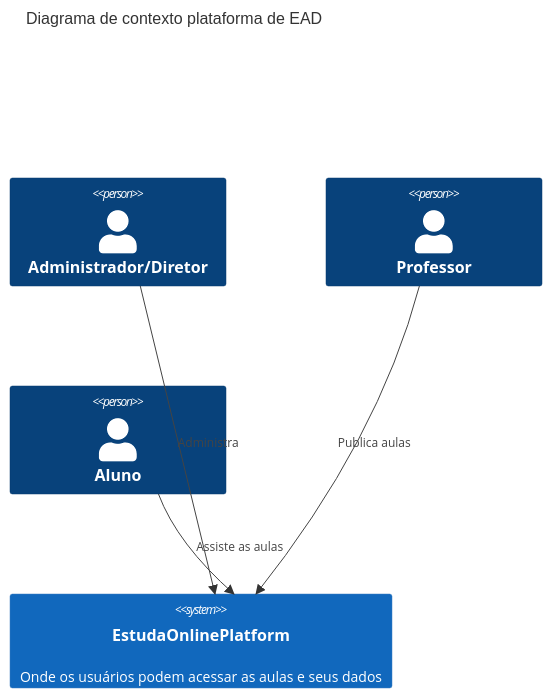
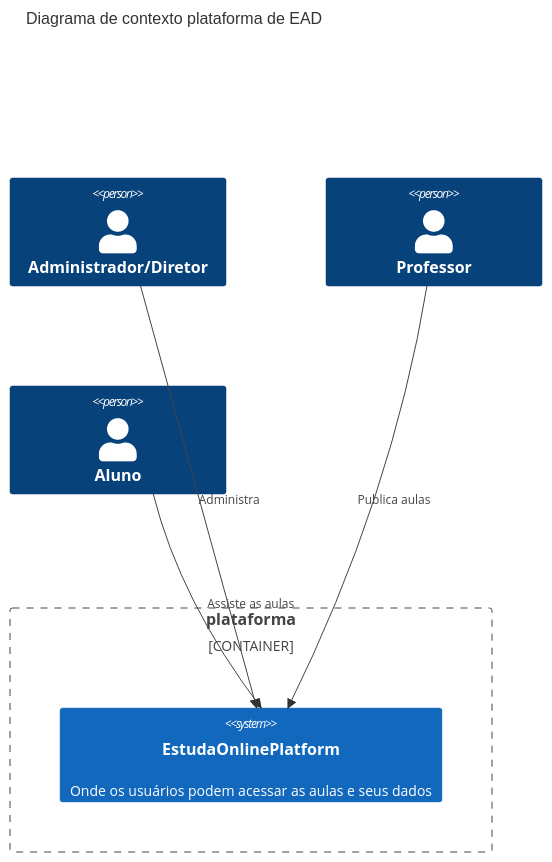
One commit to vitorotto/backend_2025-1 changed the diagram in C4_Contexto/c4_contexto.mmd. Above: the diagram before and after it, drawn with Mermaid. The commit also changed 1 other file, not shown here.

Commit message:
Apenas formatando os diagramas

```diff
--- a/C4_Contexto/c4_contexto.mmd
+++ b/C4_Contexto/c4_contexto.mmd
@@ -1,11 +1,14 @@
 C4Context
 title Diagrama de contexto plataforma de EAD
 
 Person(administrador, "Administrador/Diretor")
 Person(professor, "Professor")
 Person(aluno, "Aluno")
-System(sistemaEAD, "EstudaOnlinePlatform", "Onde os usuários podem acessar as aulas e seus dados")
+
+Container_Boundary(sistema, "plataforma") {
+    System(sistemaEAD, "EstudaOnlinePlatform", "Onde os usuários podem acessar as aulas e seus dados")
+}
 
 Rel("administrador","sistemaEAD","Administra")
 Rel("professor", "sistemaEAD", "Publica aulas")
 Rel("aluno", "sistemaEAD", "Assiste as aulas")
```
